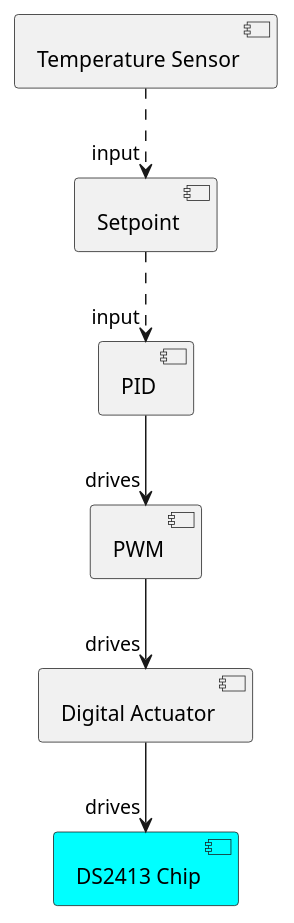
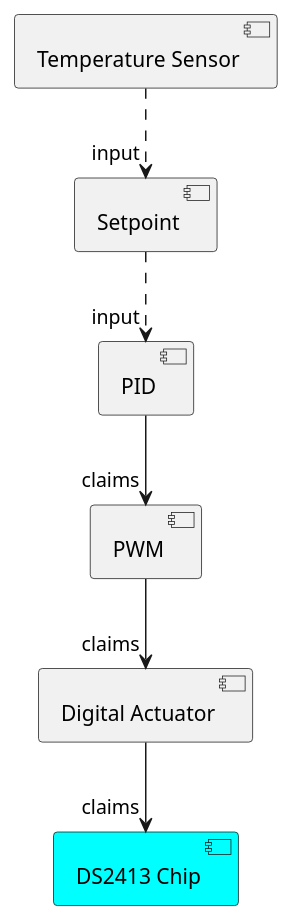
Before and after one commit to BrewBlox/brewblox-documentation: the fourth of 7 diagrams in docs/user/control_chains.md, drawn with PlantUML. The commit also changed other lines of this file and 1 other file, not shown here.

Commit message:
add fast pwm / soft start changes to release notes

````diff
--- a/docs/user/control_chains.md
+++ b/docs/user/control_chains.md
@@ -202,16 +202,16 @@
 ```plantuml
 @startuml OneWire control chain
 component PID
 component PWM
 component Actuator as "Digital Actuator"
 component Chip as "DS2413 Chip" #Cyan
 component Setpoint
 component Sensor as "Temperature Sensor"
 
 Sensor .down.> "input" Setpoint
 Setpoint .down.> "input" PID
-PID -down-> "drives" PWM
-PWM -down-> "drives" Actuator
-Actuator -down-> "drives" Chip
+PID -down-> "claims" PWM
+PWM -down-> "claims" Actuator
+Actuator -down-> "claims" Chip
 @enduml
 ```
````
